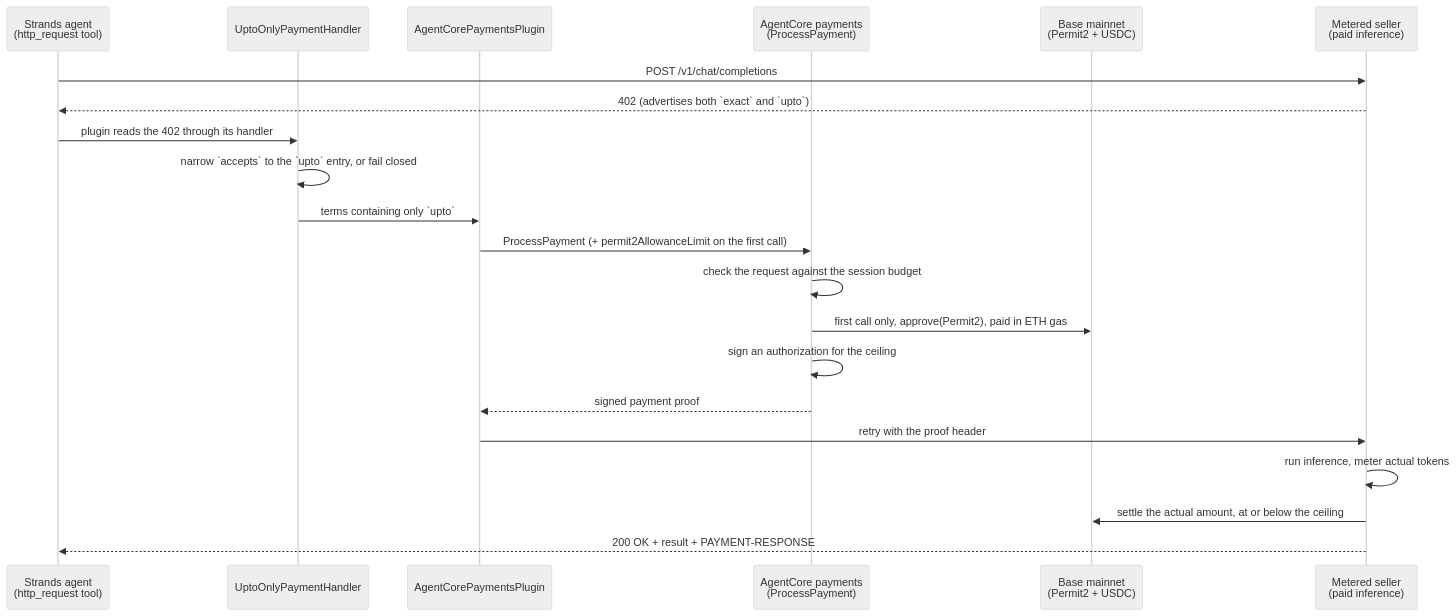
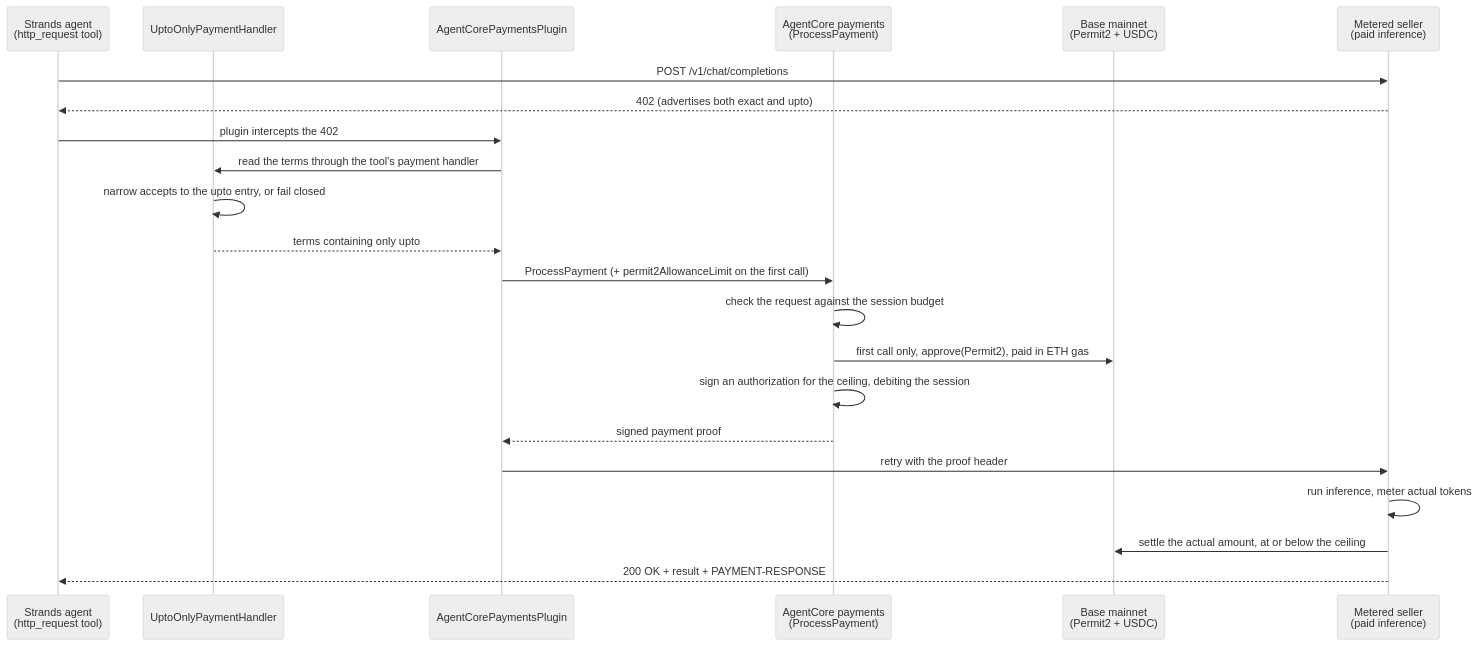
The first of 2 diagrams in 01-features/08-agents-that-transact/00-getting-started/09-pay-per-use-with-upto/README.md (awslabs/amazon-bedrock-agentcore-samples), drawn with Mermaid (neutral theme) before and after one commit. The commit also changed other lines of this file and 1 other file, not shown here.

````diff
--- a/01-features/08-agents-that-transact/00-getting-started/09-pay-per-use-with-upto/README.md
+++ b/01-features/08-agents-that-transact/00-getting-started/09-pay-per-use-with-upto/README.md
@@ -94,24 +94,25 @@
 ```mermaid
 sequenceDiagram
     participant A as Strands agent<br/>(http_request tool)
     participant H as UptoOnlyPaymentHandler
     participant P as AgentCorePaymentsPlugin
     participant S as AgentCore payments<br/>(ProcessPayment)
     participant C as Base mainnet<br/>(Permit2 + USDC)
     participant M as Metered seller<br/>(paid inference)
 
     A->>M: POST /v1/chat/completions
-    M-->>A: 402 (advertises both `exact` and `upto`)
-    A->>H: plugin reads the 402 through its handler
-    H->>H: narrow `accepts` to the `upto` entry, or fail closed
-    H->>P: terms containing only `upto`
+    M-->>A: 402 (advertises both exact and upto)
+    A->>P: plugin intercepts the 402
+    P->>H: read the terms through the tool's payment handler
+    H->>H: narrow accepts to the upto entry, or fail closed
+    H-->>P: terms containing only upto
     P->>S: ProcessPayment (+ permit2AllowanceLimit on the first call)
     S->>S: check the request against the session budget
     S->>C: first call only, approve(Permit2), paid in ETH gas
-    S->>S: sign an authorization for the ceiling
+    S->>S: sign an authorization for the ceiling, debiting the session
     S-->>P: signed payment proof
     P->>M: retry with the proof header
     M->>M: run inference, meter actual tokens
     M->>C: settle the actual amount, at or below the ceiling
     M-->>A: 200 OK + result + PAYMENT-RESPONSE
 ```
````
